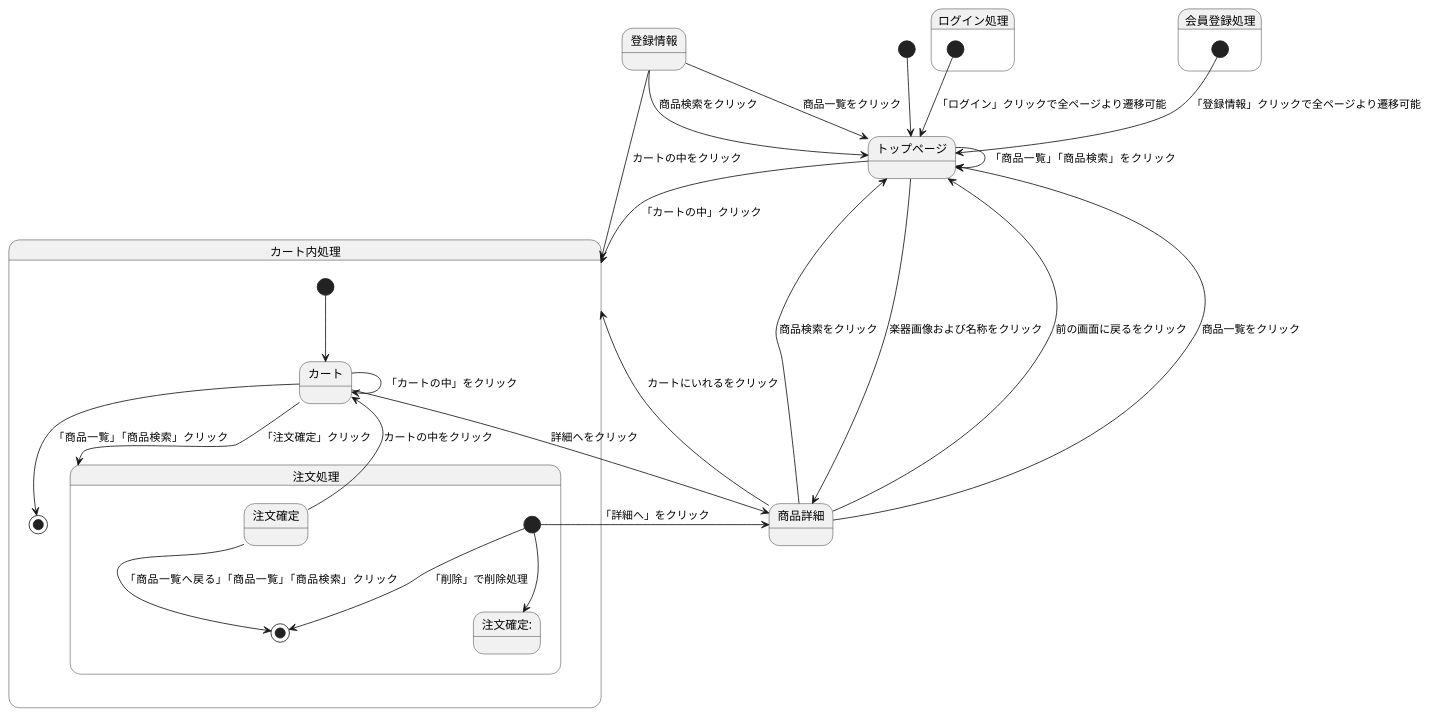
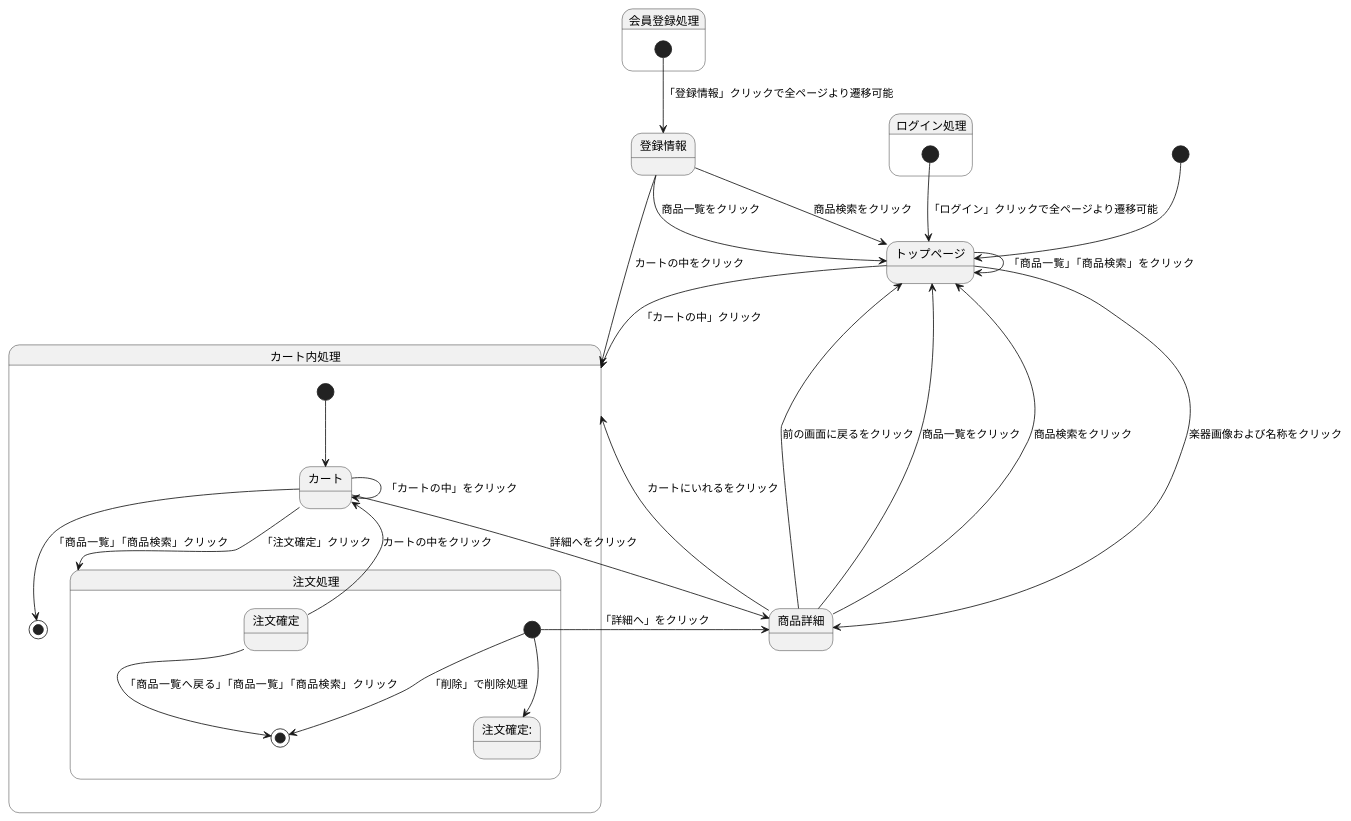
Before and after one commit to Aso2001374/2021sys-design: the third of 3 diagrams in stm01.md, drawn with PlantUML.

````diff
--- a/stm01.md
+++ b/stm01.md
@@ -55,52 +55,52 @@
 ```uml
 @startuml
 [*] --> トップページ
 
 トップページ--> トップページ : 「商品一覧」「商品検索」をクリック
 トップページ--> カート内処理 : 「カートの中」クリック
 
 トップページ--> 商品詳細 : 楽器画像および名称をクリック
 
 
 商品詳細--> トップページ : 前の画面に戻るをクリック
 商品詳細--> トップページ : 商品一覧をクリック
 商品詳細--> トップページ : 商品検索をクリック
 
 
 
 
 
 
 
 登録情報 --> トップページ : 商品一覧をクリック
 登録情報 --> トップページ : 商品検索をクリック
 登録情報 --> カート内処理 : カートの中をクリック
 
 
 state ログイン処理{
 [*] --> トップページ : 「ログイン」クリックで全ページより遷移可能
 }
 
 state 会員登録処理{
-[*] --> トップページ : 「登録情報」クリックで全ページより遷移可能
+[*] --> 登録情報 : 「登録情報」クリックで全ページより遷移可能
 }
 商品詳細--> カート内処理 : カートにいれるをクリック
 
 state カート内処理{
 [*] --> カート
 カート --> 注文処理 :「注文確定」クリック
 カート--> カート :「カートの中」をクリック
 カート --> 商品詳細 : 詳細へをクリック
 カート--> [*]: 「商品一覧」「商品検索」クリック
 state 注文処理{
 [*]--> 注文確定: 
 [*]--> 商品詳細 : 「詳細へ」をクリック
 [*]--> [*]: 「削除」で削除処理
 注文確定--> [*]: 「商品一覧へ戻る」「商品一覧」「商品検索」クリック
 }
 注文確定 --> カート : カートの中をクリック
 
 }
 
 @enduml
 ```
````
